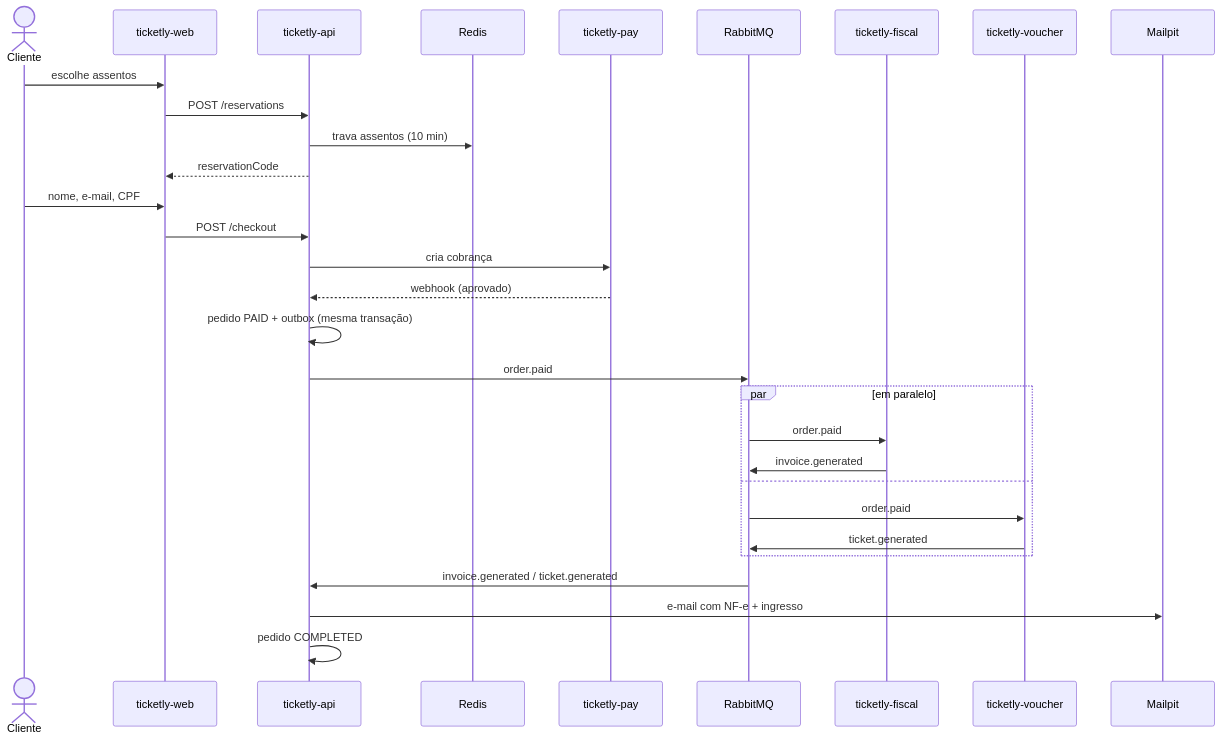
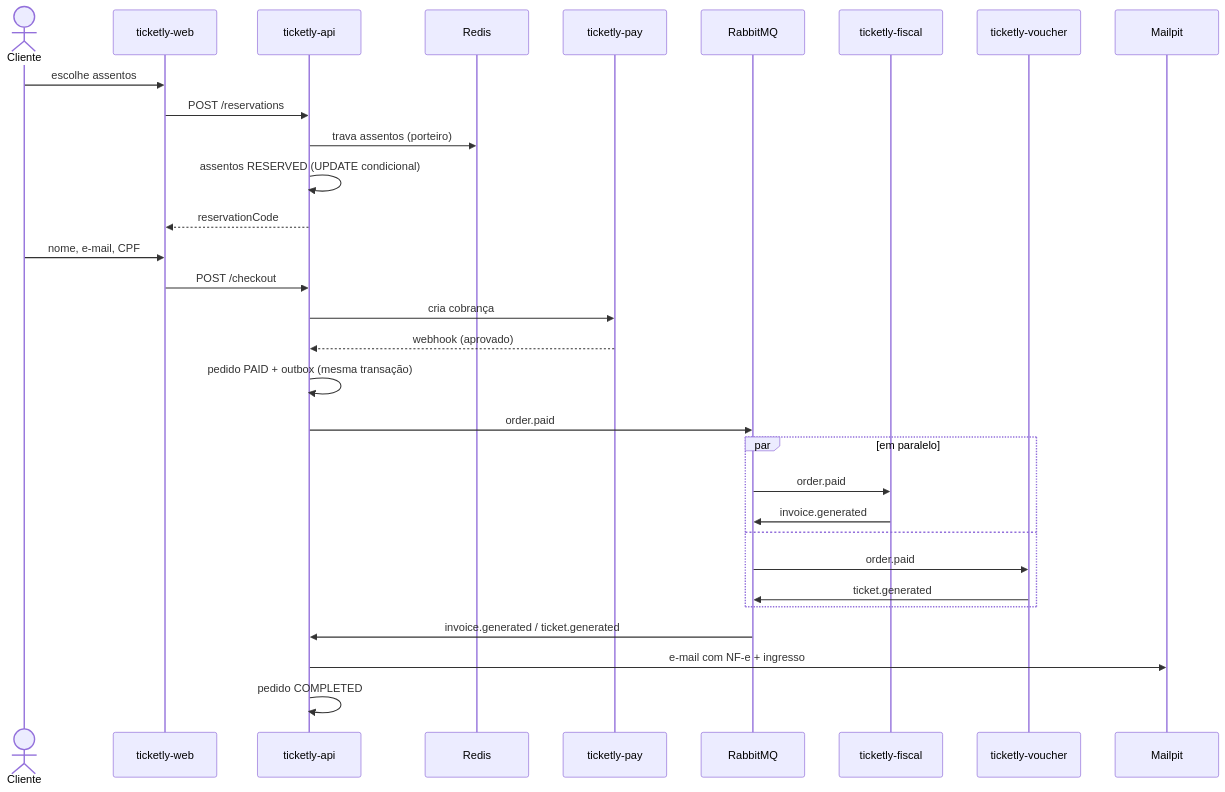
Before and after one commit to Dan1elz/ticketly: the first of 2 diagrams in docs/arquitetura.md, drawn with Mermaid. The commit also changed other lines of this file and 6 other files, not shown here.

Commit message:
feat: update reservation flow and status handling in documentation

````diff
--- a/docs/arquitetura.md
+++ b/docs/arquitetura.md
@@ -5,33 +5,34 @@
 ```mermaid
 sequenceDiagram
     actor C as Cliente
     participant W as ticketly-web
     participant A as ticketly-api
     participant R as Redis
     participant P as ticketly-pay
     participant Q as RabbitMQ
     participant F as ticketly-fiscal
     participant V as ticketly-voucher
     participant M as Mailpit
 
     C->>W: escolhe assentos
     W->>A: POST /reservations
-    A->>R: trava assentos (10 min)
+    A->>R: trava assentos (porteiro)
+    A->>A: assentos RESERVED (UPDATE condicional)
     A-->>W: reservationCode
     C->>W: nome, e-mail, CPF
     W->>A: POST /checkout
     A->>P: cria cobrança
     P-->>A: webhook (aprovado)
     A->>A: pedido PAID + outbox (mesma transação)
     A->>Q: order.paid
     par em paralelo
         Q->>F: order.paid
         F->>Q: invoice.generated
     and
         Q->>V: order.paid
         V->>Q: ticket.generated
     end
     Q->>A: invoice.generated / ticket.generated
     A->>M: e-mail com NF-e + ingresso
     A->>A: pedido COMPLETED
 ```
````
